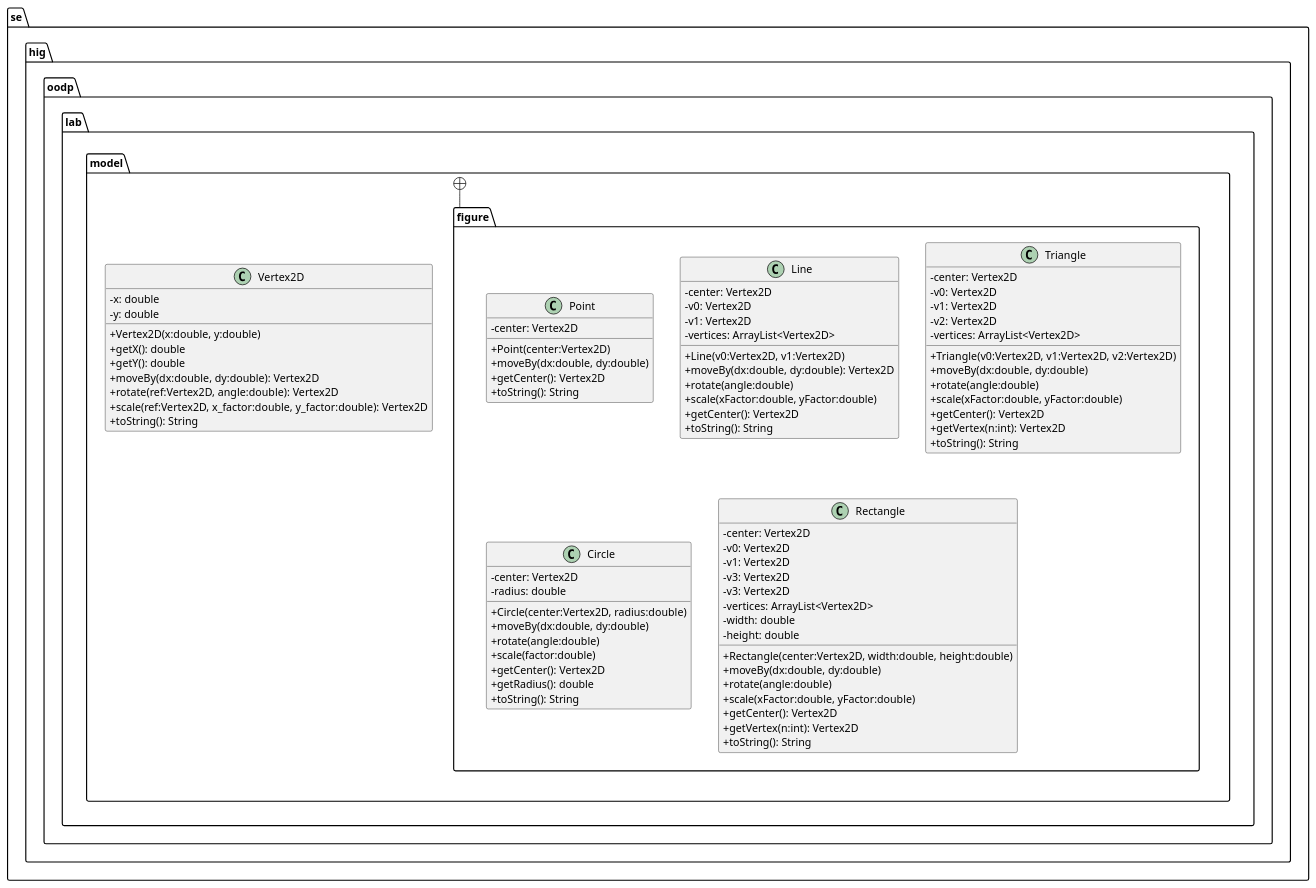
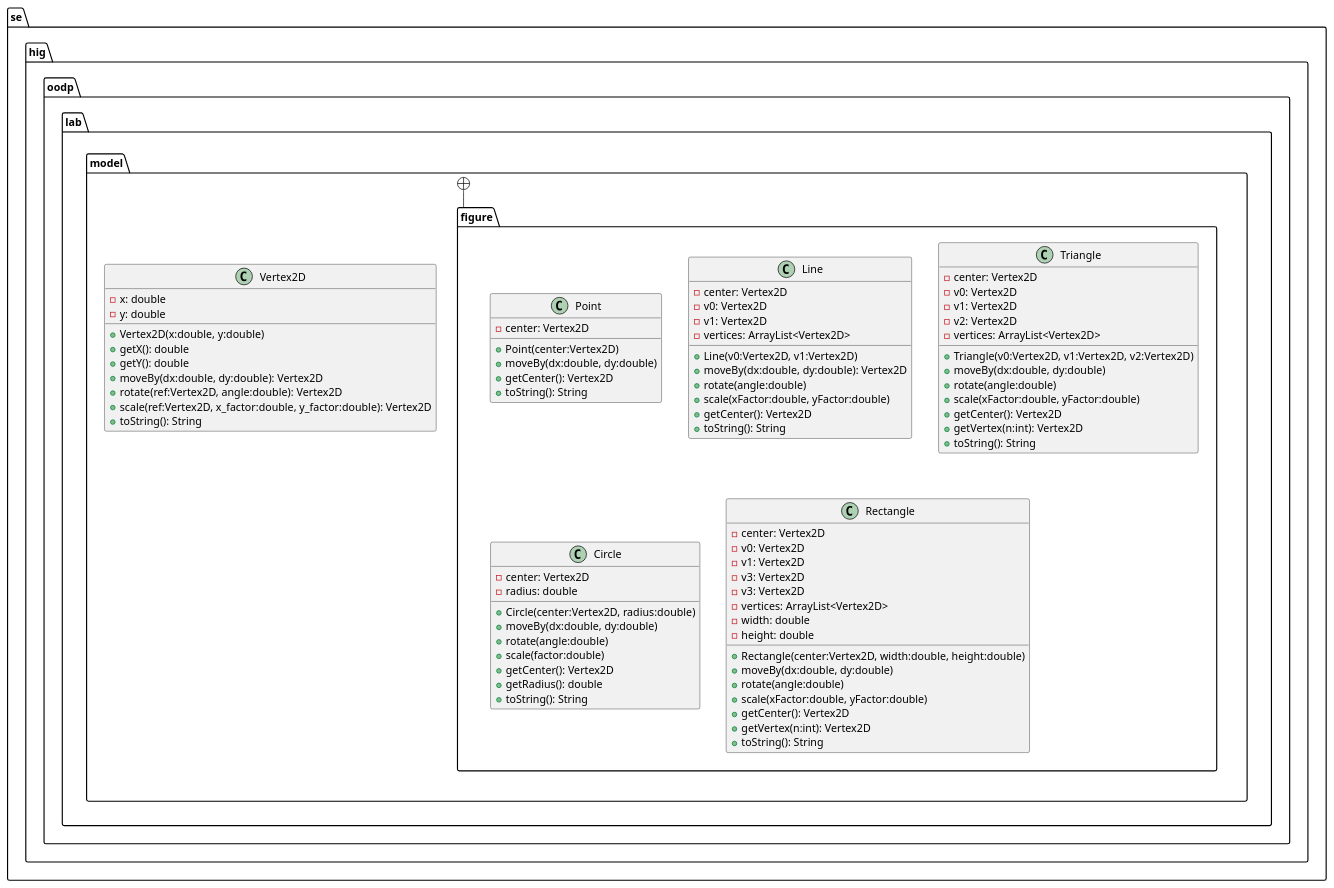
One commit to jonasjberg/DVG303_lab2 changed the diagram in diagram/uppgift1.puml. Above: the diagram before and after it, drawn with PlantUML. The commit also changed 9 other files, not shown here.

```diff
--- a/diagram/uppgift1.puml
+++ b/diagram/uppgift1.puml
@@ -1,111 +1,111 @@
 @startuml
 ' ____________________________________________________________________________
 ' ____ CONFIGURATION OPTIONS __________________________________________________
 
 skinparam packageStyle folder
 
 ' don't use characters to indicate visibility
-skinparam classAttributeIconsize 0
+' skinparam classAttributeIconsize 0
 
 
 ' ____________________________________________________________________________
 ' ____ CLASS DEFINITIONS ______________________________________________________
 package se.hig.oodp.lab.model {
     class Vertex2D {
         -x: double
         -y: double
         +Vertex2D(x:double, y:double)
         +getX(): double
         +getY(): double
         +moveBy(dx:double, dy:double): Vertex2D
         +rotate(ref:Vertex2D, angle:double): Vertex2D
         +scale(ref:Vertex2D, x_factor:double, y_factor:double): Vertex2D
         +toString(): String
     }
 }
 
 package se.hig.oodp.lab.model.figure {
     class Point {
         -center: Vertex2D
         +Point(center:Vertex2D)
         +moveBy(dx:double, dy:double)
         +getCenter(): Vertex2D
         +toString(): String
     }
 
     class Line {
         -center: Vertex2D
         -v0: Vertex2D
         -v1: Vertex2D
         -vertices: ArrayList<Vertex2D>
         +Line(v0:Vertex2D, v1:Vertex2D)
         +moveBy(dx:double, dy:double): Vertex2D
         +rotate(angle:double)
         +scale(xFactor:double, yFactor:double)
         +getCenter(): Vertex2D
         +toString(): String
     }
 
     class Triangle {
         -center: Vertex2D
         -v0: Vertex2D
         -v1: Vertex2D
         -v2: Vertex2D
         -vertices: ArrayList<Vertex2D>
 
         +Triangle(v0:Vertex2D, v1:Vertex2D, v2:Vertex2D)
         +moveBy(dx:double, dy:double)
         +rotate(angle:double)
         +scale(xFactor:double, yFactor:double)
         +getCenter(): Vertex2D
         +getVertex(n:int): Vertex2D
         +toString(): String
     }
 
     class Circle {
         -center: Vertex2D
         -radius: double
 
         +Circle(center:Vertex2D, radius:double)
         +moveBy(dx:double, dy:double)
         +rotate(angle:double)
         +scale(factor:double)
         +getCenter(): Vertex2D
         +getRadius(): double
         +toString(): String
     }
 
     class Rectangle {
         -center: Vertex2D
         -v0: Vertex2D
         -v1: Vertex2D
         -v3: Vertex2D
         -v3: Vertex2D
         -vertices: ArrayList<Vertex2D>
         -width: double
         -height: double
 
         +Rectangle(center:Vertex2D, width:double, height:double)
         +moveBy(dx:double, dy:double)
         +rotate(angle:double)
         +scale(xFactor:double, yFactor:double)
         +getCenter(): Vertex2D
         +getVertex(n:int): Vertex2D
         +toString(): String
     }
 }
 
 
 ' ____________________________________________________________________________
 ' ____ PACKAGE HIERARCHY _____________________________________________________
 se.hig.oodp.lab.model +-- se.hig.oodp.lab.model.figure
 
 
 ' ____________________________________________________________________________
 ' ____ RELATIONS BETWEEN CLASSES _____________________________________________
 
 
 
 
 
 @enduml
```
